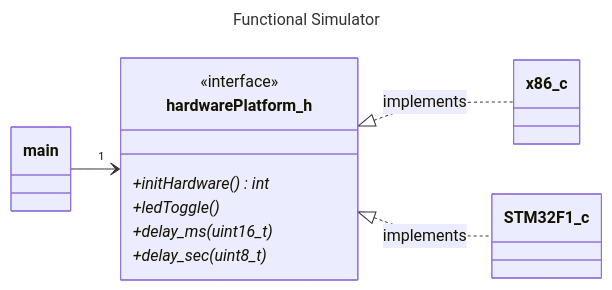
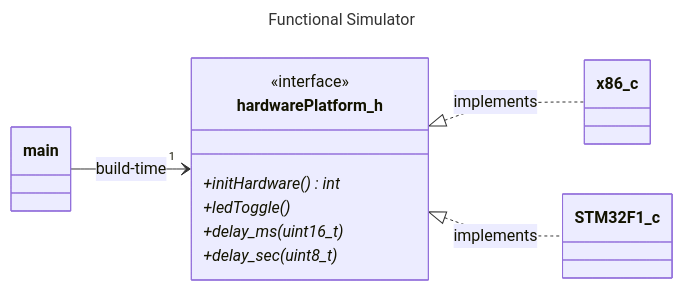
Before and after one commit to nathancharlesjones/Comparison-of-OOP-techniques-in-C: the sixth of 11 diagrams in docs/class_diagrams.md, drawn with Mermaid. The commit also changed other lines of this file and 120 other files, not shown here.

````diff
--- a/docs/class_diagrams.md
+++ b/docs/class_diagrams.md
@@ -96,17 +96,17 @@
 ```mermaid
 ---
 title: Functional Simulator
 ---
 classDiagram
     direction LR
-    main --> "1" hardwarePlatform_h    
+    main --> "1" hardwarePlatform_h : build-time  
     hardwarePlatform_h <|.. x86_c : implements
     hardwarePlatform_h <|.. STM32F1_c : implements
     <<interface>> hardwarePlatform_h
     class hardwarePlatform_h{
         +initHardware()* int
         +ledToggle()*
         +delay_ms(uint16_t)*
         +delay_sec(uint8_t)*
     }
 ```
````
